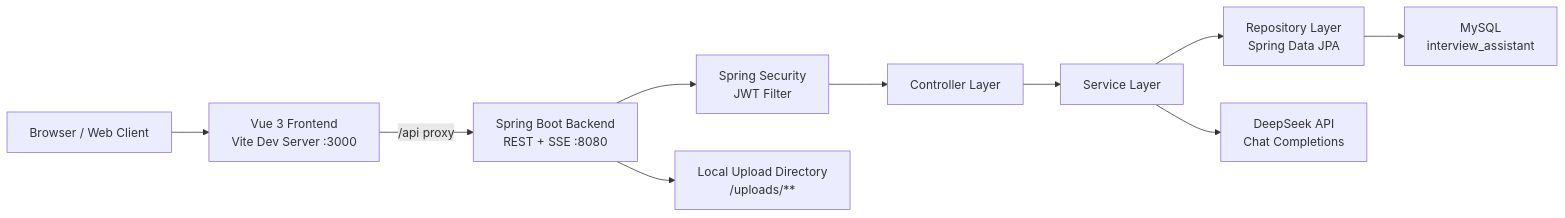
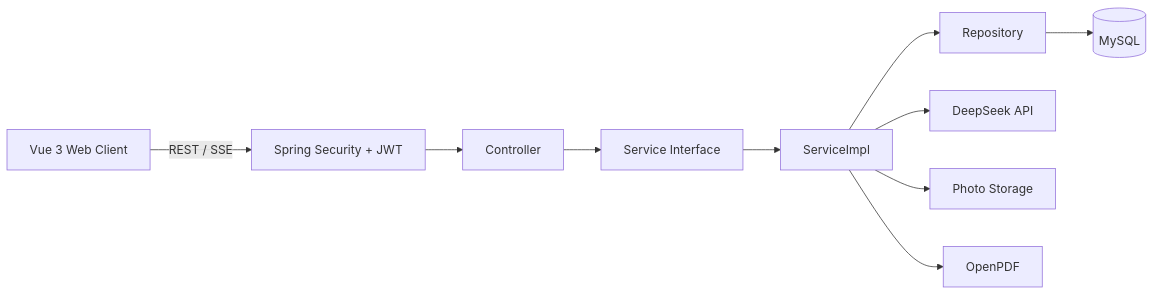
The first of 4 diagrams in README.md (HY-L-723/interview_assistant), drawn with Mermaid before and after one commit. The commit also changed other lines of this file, not shown here.

````diff
--- a/README.md
+++ b/README.md
@@ -48,12 +35,12 @@
 ```mermaid
 flowchart LR
-    Browser["Browser / Web Client"] --> Vite["Vue 3 Frontend<br/>Vite Dev Server :3000"]
-    Vite -->|/api proxy| API["Spring Boot Backend<br/>REST + SSE :8080"]
-    API --> Security["Spring Security<br/>JWT Filter"]
-    Security --> Controller["Controller Layer"]
-    Controller --> Service["Service Layer"]
-    Service --> Repository["Repository Layer<br/>Spring Data JPA"]
-    Repository --> MySQL["MySQL<br/>interview_assistant"]
-    Service --> AI["DeepSeek API<br/>Chat Completions"]
-    API --> Uploads["Local Upload Directory<br/>/uploads/**"]
+    Browser[Vue 3 Web Client] -->|REST / SSE| Security[Spring Security + JWT]
+    Security --> Controller[Controller]
+    Controller --> Service[Service Interface]
+    Service --> Impl[ServiceImpl]
+    Impl --> Repository[Repository]
+    Repository --> MySQL[(MySQL)]
+    Impl --> DeepSeek[DeepSeek API]
+    Impl --> Storage[Photo Storage]
+    Impl --> PDF[OpenPDF]
 ```
````
